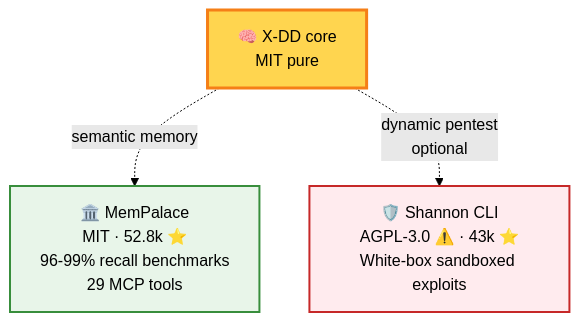
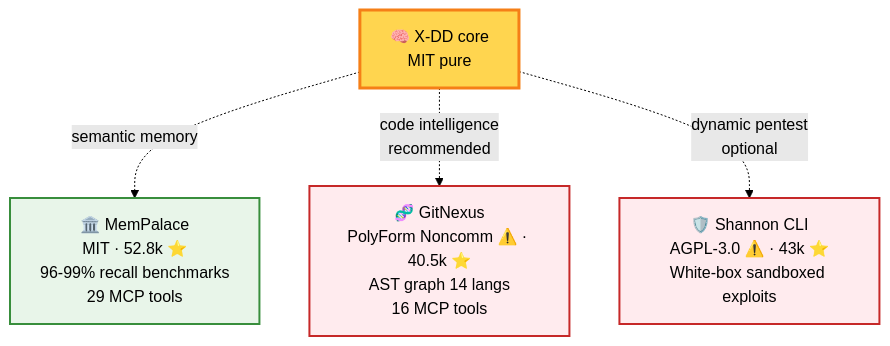
Before and after one commit to Cucholambr3ta/x-dd: the tenth of 10 diagrams in README.en.md, drawn with Mermaid (forest theme). The commit also changed other lines of this file and 11 other files, not shown here.

First line of the commit message:
docs(sync): post-S14-23 + GitNexus tier-1 — 12 files macro actualizados

````diff
--- a/README.en.md
+++ b/README.en.md
@@ -436,14 +436,16 @@
 ```mermaid
 flowchart TB
     XDD["🧠 X-DD core<br/>MIT pure"]
 
     XDD -.->|"semantic memory"| MP["🏛️ MemPalace<br/>MIT · 52.8k ⭐<br/>96-99% recall benchmarks<br/>29 MCP tools"]
+    XDD -.->|"code intelligence<br/>recommended"| GN["🧬 GitNexus<br/>PolyForm Noncomm ⚠️ · 40.5k ⭐<br/>AST graph 14 langs<br/>16 MCP tools"]
     XDD -.->|"dynamic pentest<br/>optional"| SH["🛡️ Shannon CLI<br/>AGPL-3.0 ⚠️ · 43k ⭐<br/>White-box sandboxed exploits"]
 
     classDef core fill:#ffd54f,stroke:#f57f17,color:#000,stroke-width:3px
     classDef ext fill:#e8f5e9,stroke:#388e3c,color:#000,stroke-width:2px
     classDef warn fill:#ffebee,stroke:#c62828,color:#000,stroke-width:2px
     class XDD core
     class MP ext
+    class GN warn
     class SH warn
 ```
````
